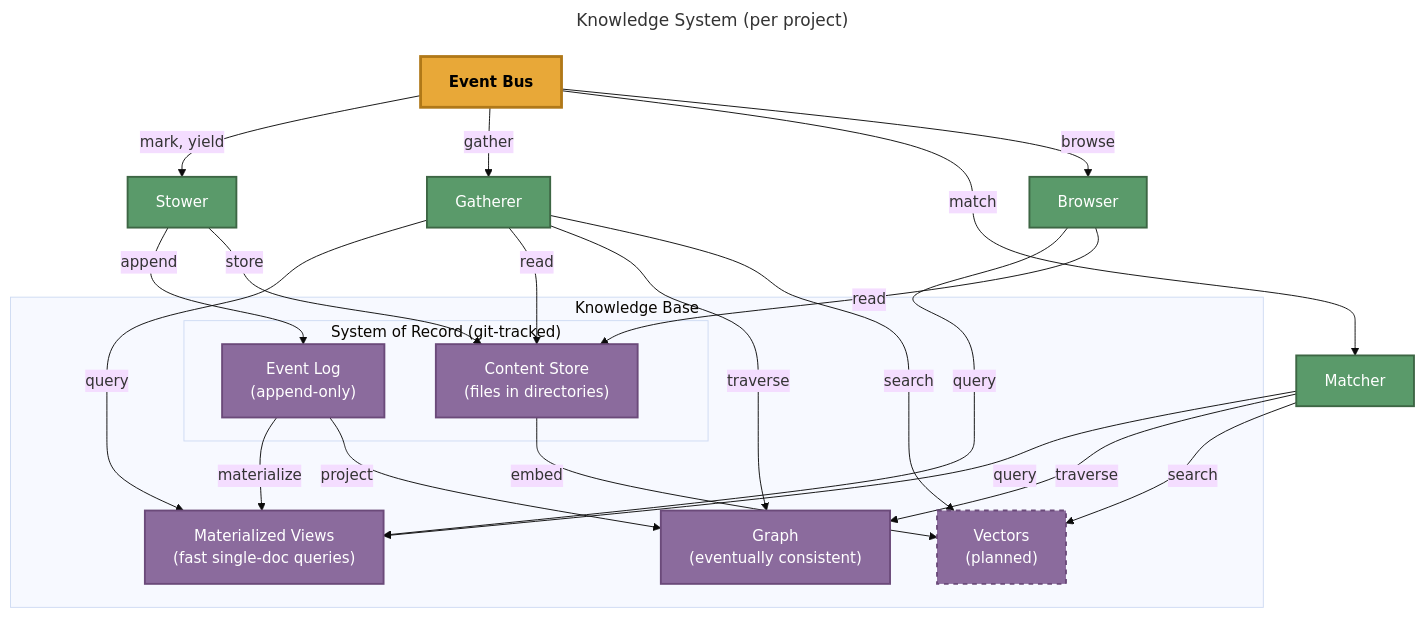
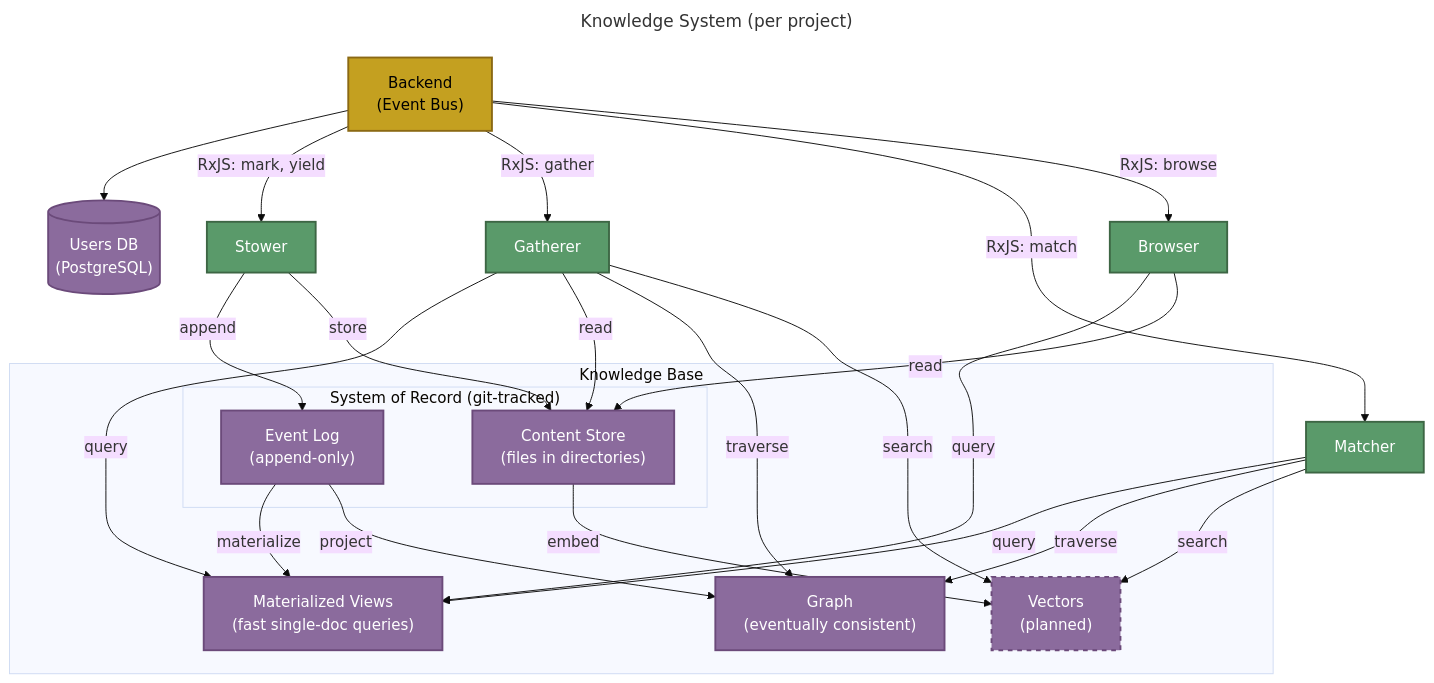
Before and after one commit to The-AI-Alliance/semiont: the third of 3 diagrams in docs/ARCHITECTURE.md, drawn with Mermaid (base theme). The commit also changed other lines of this file, not shown here.

Commit message:
update architecture doc and diagrams

````diff
--- a/docs/ARCHITECTURE.md
+++ b/docs/ARCHITECTURE.md
@@ -127,51 +126,54 @@
 ```mermaid
 ---
 title: Knowledge System (per project)
 ---
 graph TB
-    BUS["Event Bus"]
+    BE["Backend<br/>(Event Bus)"]
+    DB[("Users DB<br/>(PostgreSQL)")]
 
-    BUS -->|"mark, yield"| STOWER["Stower"]
-    BUS -->|"gather"| GATHERER["Gatherer"]
-    BUS -->|"match"| MATCHER["Matcher"]
-    BUS -->|"browse"| BROWSER["Browser"]
+    BE --> DB
+
+    BE -->|"RxJS: mark, yield"| STOWER["Stower"]
+    BE -->|"RxJS: gather"| GATHERER["Gatherer"]
+    BE -->|"RxJS: match"| MATCHER["Matcher"]
+    BE -->|"RxJS: browse"| BROWSER["Browser"]
 
     STOWER -->|append| EVENTLOG
     STOWER -->|store| CONTENT
 
     subgraph kb ["Knowledge Base"]
         subgraph sor ["System of Record (git-tracked)"]
             EVENTLOG["Event Log<br/>(append-only)"]
             CONTENT["Content Store<br/>(files in directories)"]
         end
         VIEWS["Materialized Views<br/>(fast single-doc queries)"]
         GRAPH["Graph<br/>(eventually consistent)"]
         VECTORS["Vectors<br/>(planned)"]
 
         EVENTLOG -->|materialize| VIEWS
         EVENTLOG -->|project| GRAPH
         CONTENT -->|embed| VECTORS
     end
 
     GATHERER -->|query| VIEWS
     GATHERER -->|read| CONTENT
     GATHERER -->|traverse| GRAPH
     GATHERER -->|search| VECTORS
 
     MATCHER -->|query| VIEWS
     MATCHER -->|traverse| GRAPH
     MATCHER -->|search| VECTORS
 
     BROWSER -->|query| VIEWS
     BROWSER -->|read| CONTENT
 
-    classDef bus fill:#e8a838,stroke:#b07818,stroke-width:3px,color:#000,font-weight:bold
+    classDef backend fill:#c4a020,stroke:#8b6914,stroke-width:2px,color:#000
     classDef store fill:#8b6b9d,stroke:#6b4a7a,stroke-width:2px,color:#fff
     classDef planned fill:#8b6b9d,stroke:#6b4a7a,stroke-width:2px,color:#fff,stroke-dasharray: 5 5
     classDef worker fill:#5a9a6a,stroke:#3d6644,stroke-width:2px,color:#fff
 
-    class BUS bus
-    class EVENTLOG,VIEWS,CONTENT,GRAPH store
+    class BE backend
+    class DB,EVENTLOG,VIEWS,CONTENT,GRAPH store
     class VECTORS planned
     class STOWER,GATHERER,MATCHER,BROWSER worker
 ```
````
